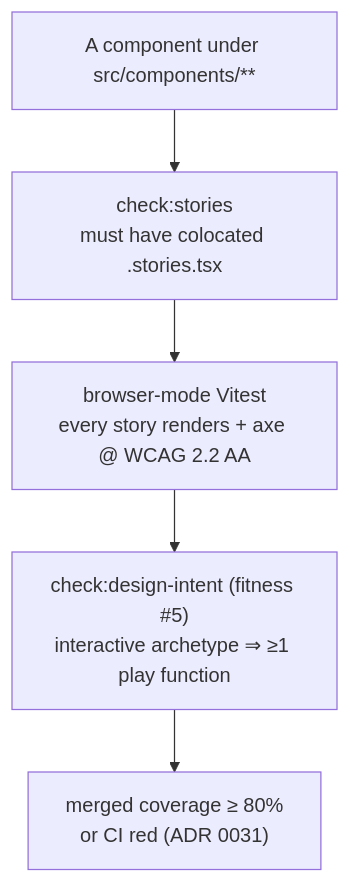
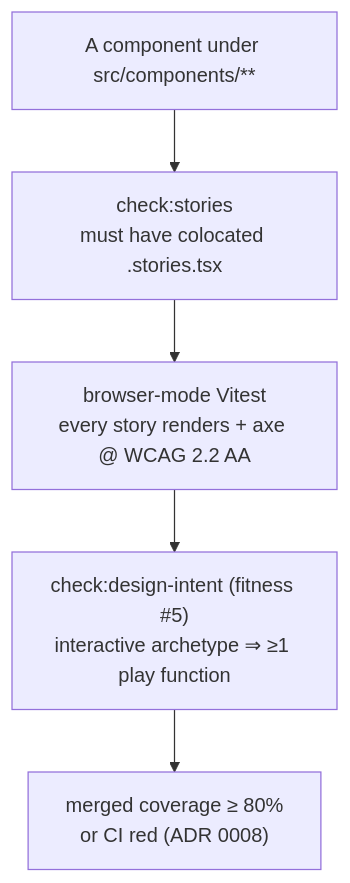
One commit to real-case/claude-code-nextjs-starter changed the fourth of 6 diagrams in STORYBOOK-GUARDRAILS.md. Above: the diagram before and after it, drawn with Mermaid. The commit also changed other lines of this file and 203 other files, not shown here.

````diff
--- a/STORYBOOK-GUARDRAILS.md
+++ b/STORYBOOK-GUARDRAILS.md
@@ -177,7 +177,7 @@
 ```mermaid
 flowchart TD
     c["A component under src/components/**"] --> exist["check:stories\nmust have colocated <id>.stories.tsx"]
     exist --> run["browser-mode Vitest\nevery story renders + axe @ WCAG 2.2 AA"]
     run --> play["check:design-intent (fitness #5)\ninteractive archetype ⇒ ≥1 play function"]
-    play --> cov["merged coverage ≥ 80%\nor CI red (ADR 0031)"]
+    play --> cov["merged coverage ≥ 80%\nor CI red (ADR 0008)"]
 ```
````
